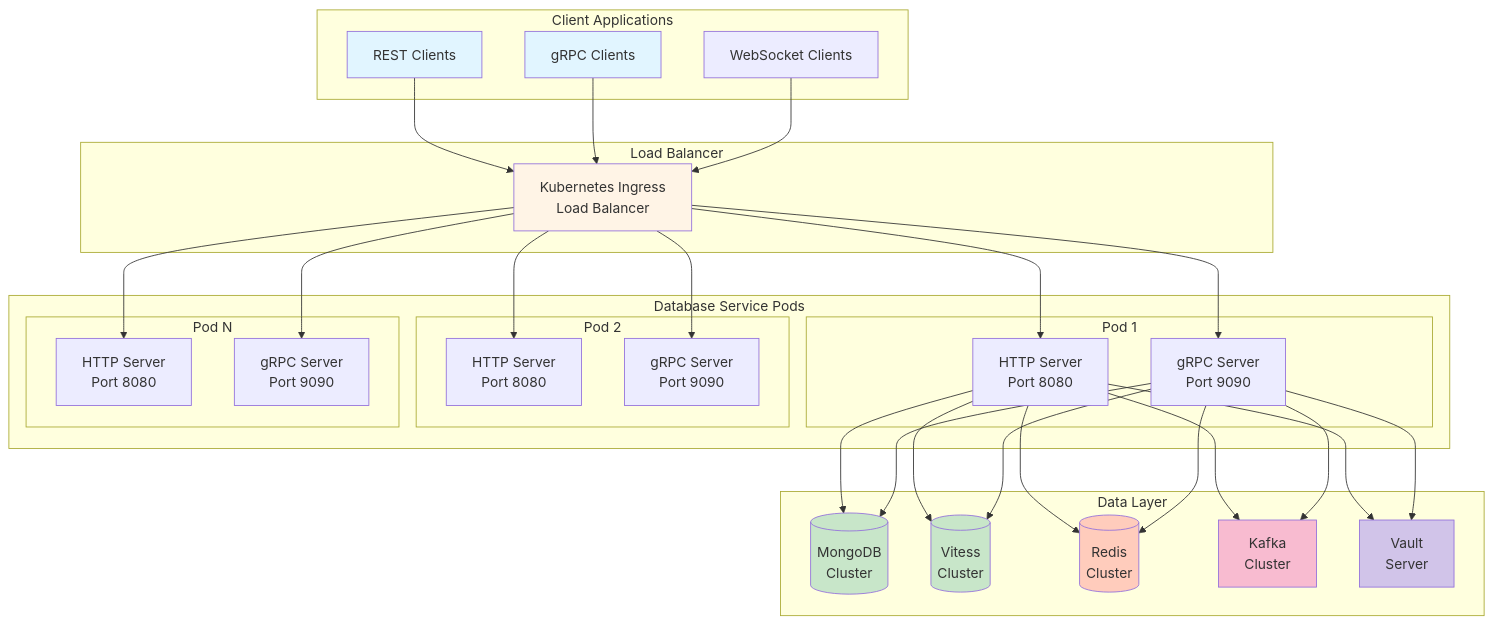
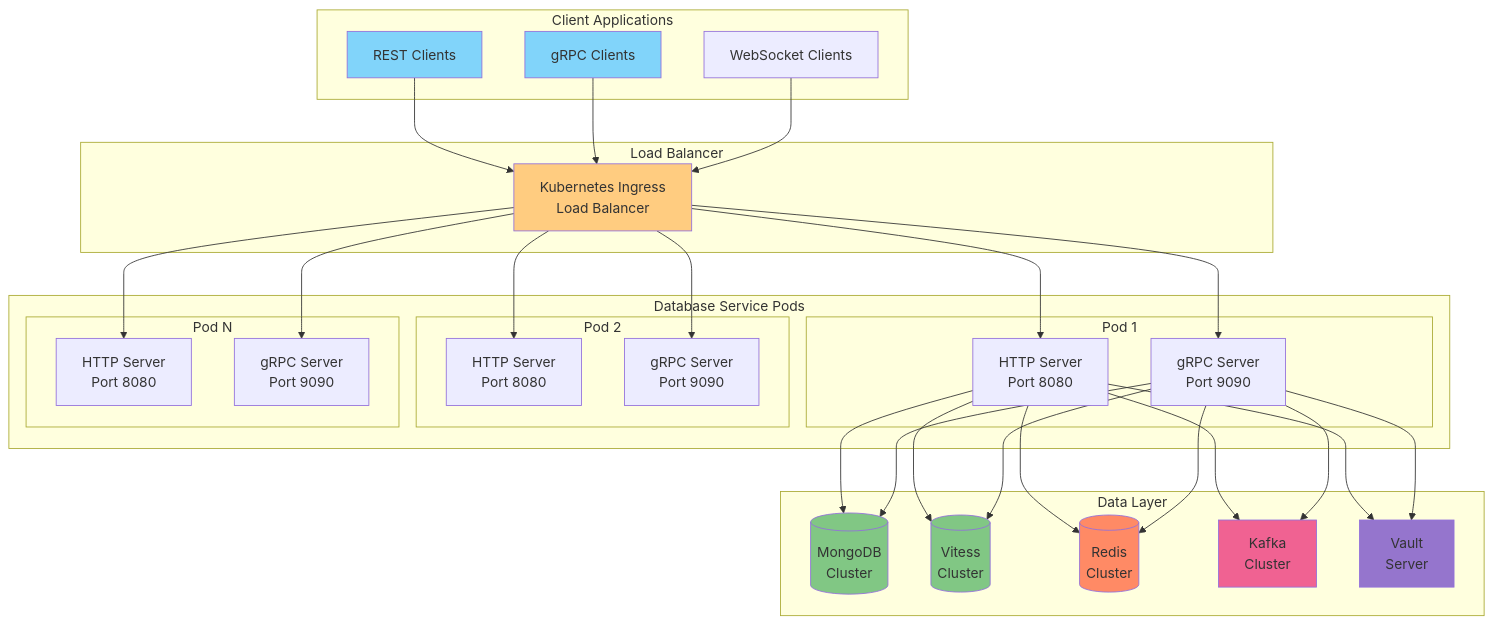
The first of 11 diagrams in docs/ARCHITECTURE.md (YouSangSon/database-service), drawn with Mermaid before and after one commit. The commit also changed other lines of this file and 5 other files, not shown here.

First line of the commit message:
Update to Go 1.25.4 and improve Mermaid diagram readability

````diff
--- a/docs/ARCHITECTURE.md
+++ b/docs/ARCHITECTURE.md
@@ -7,67 +7,67 @@
 ```mermaid
 graph TB
     subgraph "Client Applications"
         REST[REST Clients]
         GRPC[gRPC Clients]
         WS[WebSocket Clients]
     end
 
     subgraph "Load Balancer"
         LB[Kubernetes Ingress<br/>Load Balancer]
     end
 
     subgraph "Database Service Pods"
         subgraph "Pod 1"
             HTTP1[HTTP Server<br/>Port 8080]
             GRPC1[gRPC Server<br/>Port 9090]
         end
         subgraph "Pod 2"
             HTTP2[HTTP Server<br/>Port 8080]
             GRPC2[gRPC Server<br/>Port 9090]
         end
         subgraph "Pod N"
             HTTPN[HTTP Server<br/>Port 8080]
             GRPCN[gRPC Server<br/>Port 9090]
         end
     end
 
     subgraph "Data Layer"
         MONGO[(MongoDB<br/>Cluster)]
         VITESS[(Vitess<br/>Cluster)]
         REDIS[(Redis<br/>Cluster)]
         KAFKA[Kafka<br/>Cluster]
         VAULT[Vault<br/>Server]
     end
 
     REST --> LB
     GRPC --> LB
     WS --> LB
 
     LB --> HTTP1
     LB --> HTTP2
     LB --> HTTPN
     LB --> GRPC1
     LB --> GRPC2
     LB --> GRPCN
 
     HTTP1 --> MONGO
     HTTP1 --> VITESS
     HTTP1 --> REDIS
     HTTP1 --> KAFKA
     HTTP1 --> VAULT
 
     GRPC1 --> MONGO
     GRPC1 --> VITESS
     GRPC1 --> REDIS
     GRPC1 --> KAFKA
     GRPC1 --> VAULT
 
-    style REST fill:#e1f5ff
-    style GRPC fill:#e1f5ff
-    style LB fill:#fff4e6
-    style MONGO fill:#c8e6c9
-    style VITESS fill:#c8e6c9
-    style REDIS fill:#ffccbc
-    style KAFKA fill:#f8bbd0
-    style VAULT fill:#d1c4e9
+    style REST fill:#81d4fa
+    style GRPC fill:#81d4fa
+    style LB fill:#ffcc80
+    style MONGO fill:#81c784
+    style VITESS fill:#81c784
+    style REDIS fill:#ff8a65
+    style KAFKA fill:#f06292
+    style VAULT fill:#9575cd
 ```
````
